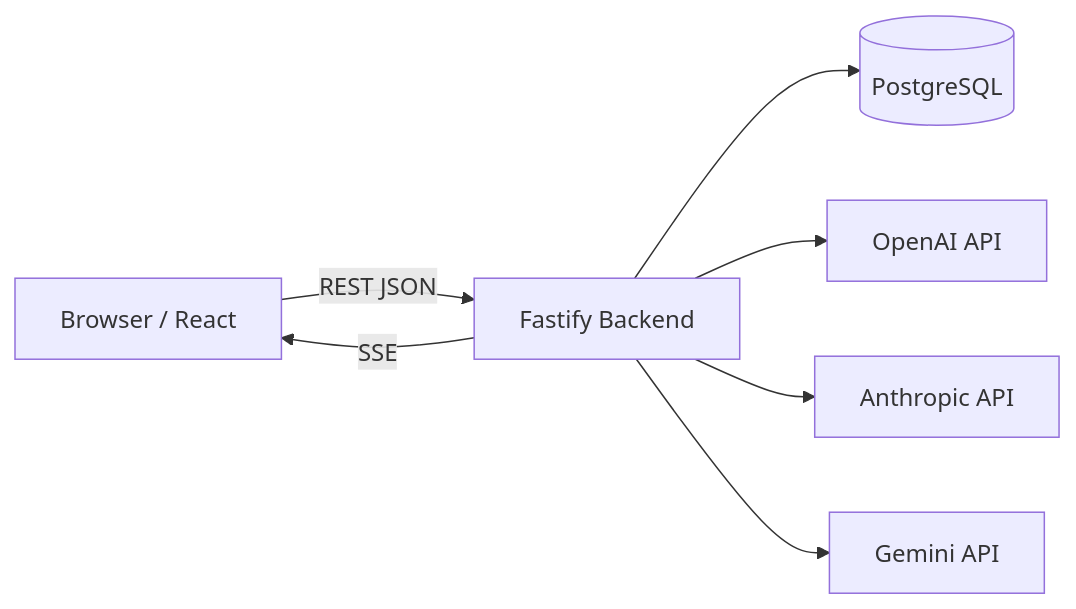
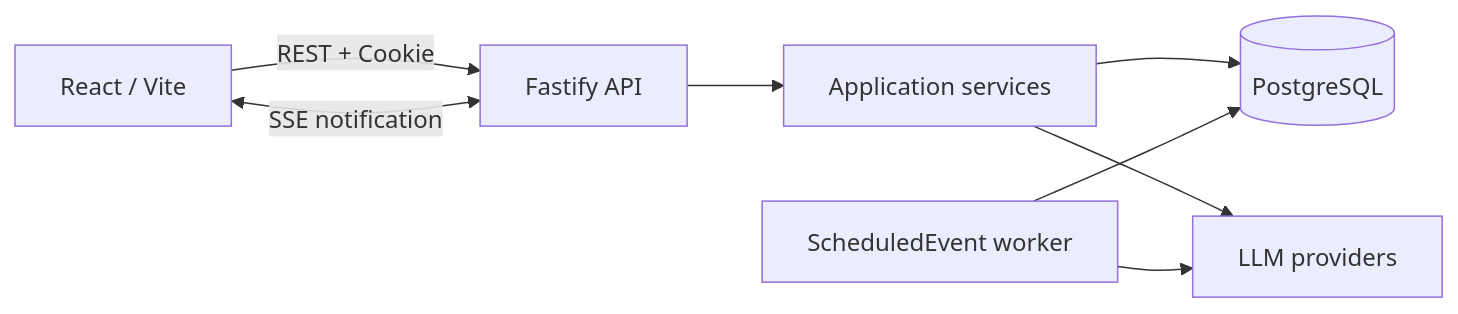
The first of 2 diagrams in ARCHITECTURE.md (ayumin/brickr), drawn with Mermaid before and after one commit. The commit also changed other lines of this file and 84 other files, not shown here.

````diff
--- a/ARCHITECTURE.md
+++ b/ARCHITECTURE.md
@@ -23,9 +19,10 @@
 ```mermaid
 flowchart LR
-  Browser[Browser / React] -->|REST JSON| API[Fastify Backend]
-  API -->|SSE| Browser
-  API --> DB[(PostgreSQL)]
-  API --> OpenAI[OpenAI API]
-  API --> Anthropic[Anthropic API]
-  API --> Gemini[Gemini API]
+  Browser[React / Vite] -->|REST + Cookie| API[Fastify API]
+  Browser <-->|SSE notification| API
+  API --> Services[Application services]
+  Services --> DB[(PostgreSQL)]
+  Services --> LLM[LLM providers]
+  Worker[ScheduledEvent worker] --> DB
+  Worker --> LLM
 ```
````
